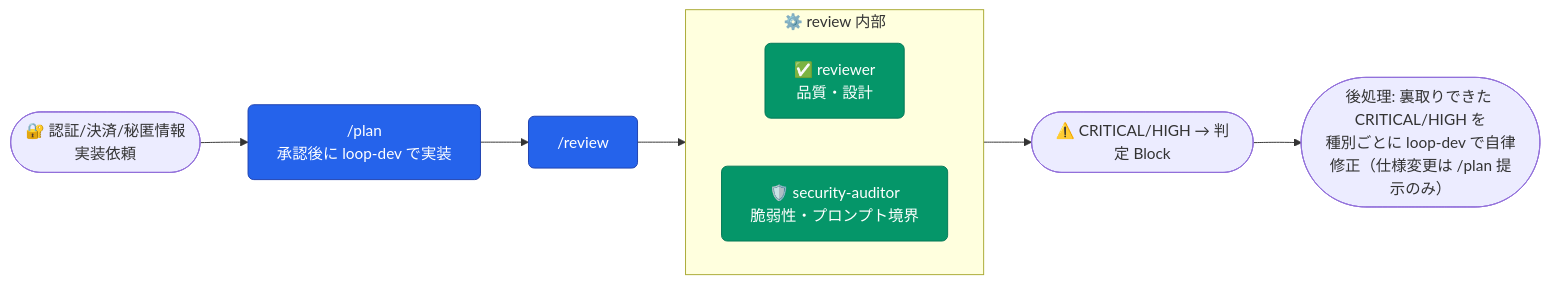
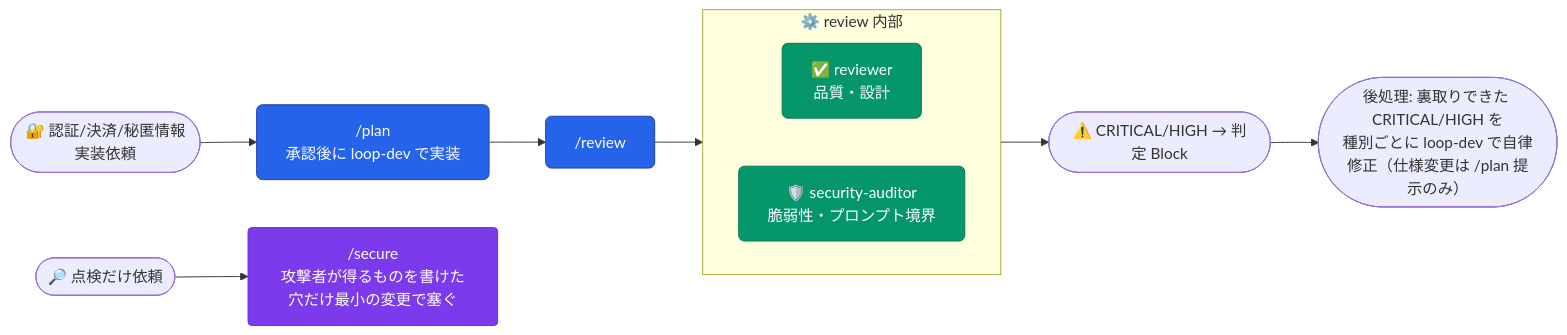
One commit to aokumablue/claq changed the tenth of 19 diagrams in README.md. Above: the diagram before and after it, drawn with Mermaid. The commit also changed other lines of this file and 2 other files, not shown here.

Commit message:
docs: README と開発用スキルに残っていた移動前の記述を直す
- README: 「すべての Commands / Skills はいずれかの図に登場します」と書く一方、/secure はどのワークフロー図にも無かった。セキュリティ重視の実装の図へ、点検だけを頼む経路として足す
- README: リリース前検証は開発用スキルへ移って図から外れたので、品質・セキュリティの節の説明から外す
- maintain / release-verify: 保護フックの存在を測る Security Guardrails は repo モードの claq_dev.harness_repo の検査で、配布物の harness_audit（consumer モード）には無い

````diff
--- a/README.md
+++ b/README.md
@@ -468,19 +468,21 @@
 ```mermaid
 flowchart LR
   classDef cmd    fill:#2563eb,stroke:#1e40af,color:#fff,rx:6
   classDef agent  fill:#059669,stroke:#047857,color:#fff,rx:6
   classDef skill  fill:#7c3aed,stroke:#6d28d9,color:#fff,rx:4
 
   U(["🔐 認証/決済/秘匿情報<br/>実装依頼"]) --> CP["/plan<br/>承認後に loop-dev で実装"]:::cmd
   CP --> CR["/review"]:::cmd
 
   subgraph review["⚙️ review 内部"]
     direction LR
     AR["✅ reviewer<br/>品質・設計"]:::agent
     AS["🛡️ security-auditor<br/>脆弱性・プロンプト境界"]:::agent
   end
 
   CR --> review
   review --> NEXT(["⚠️ CRITICAL/HIGH → 判定 Block"])
   NEXT --> FIXR(["後処理: 裏取りできた CRITICAL/HIGH を<br/>種別ごとに loop-dev で自律修正（仕様変更は /plan 提示のみ）"])
+
+  U2(["🔎 点検だけ依頼"]) --> SEC["/secure<br/>攻撃者が得るものを書けた穴だけ最小の変更で塞ぐ"]:::skill
 ```
````
